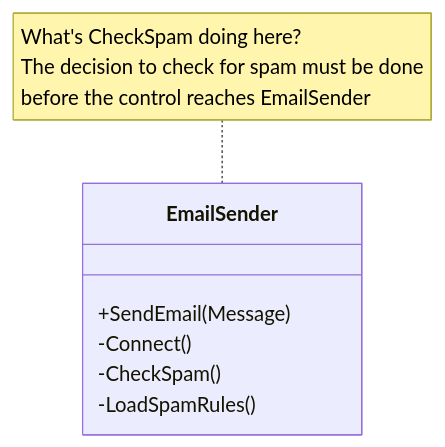
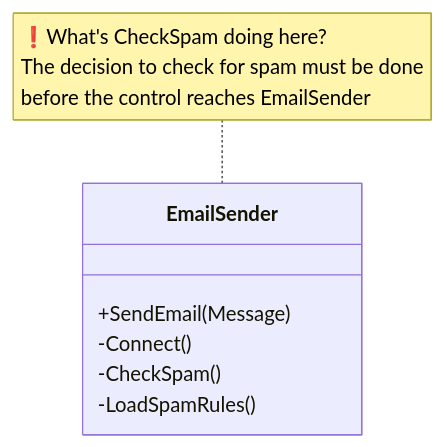
Before and after one commit to loknath2002/sw-arch-and-design-toolkit: the first of 6 diagrams in docs/sw-design/solid-design-principles.mdx, drawn with Mermaid. The commit also changed other lines of this file, not shown here.

````diff
--- a/docs/sw-design/solid-design-principles.mdx
+++ b/docs/sw-design/solid-design-principles.mdx
@@ -50,12 +50,12 @@
 ```mermaid
 classDiagram
-    note for EmailSender "What's CheckSpam doing here?
+    note for EmailSender "❗What's CheckSpam doing here?
     The decision to check for spam must be done 
     before the control reaches EmailSender"
     class EmailSender {
         +SendEmail(Message)
         -Connect()
         -CheckSpam()
         -LoadSpamRules()
     }
 ```
````
